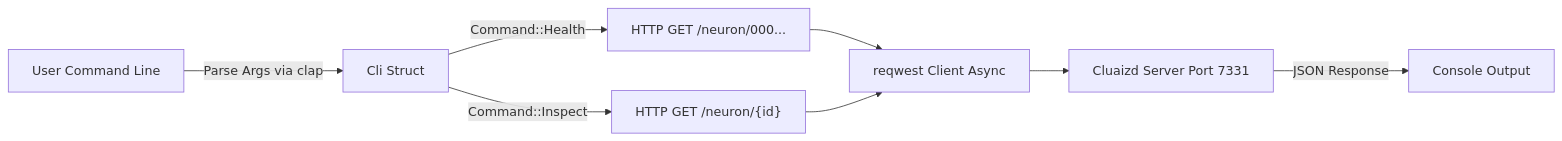
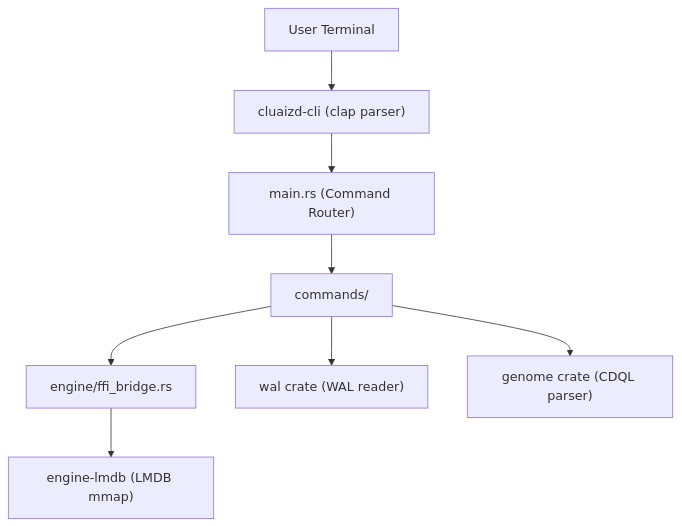
One commit to cluaiz/cluaizd changed the diagram in apps/cli/README.md. Above: the diagram before and after it, drawn with Mermaid. The commit also changed other lines of this file and 15 other files, not shown here.

Commit message:
feat(cli): refactor CLI to use 'cluaizd' binary name, add top-level run command, support Windows .exe paths, and update docs

````diff
--- a/apps/cli/README.md
+++ b/apps/cli/README.md
@@ -8,10 +15,10 @@
 ```mermaid
-graph LR
-    A["User Command Line"] -->|Parse Args via clap| B["Cli Struct"]
-    B -->|Command::Health| C["HTTP GET /neuron/000..."]
-    B -->|Command::Inspect| D["HTTP GET /neuron/{id}"]
-    C --> E["reqwest Client Async"]
-    D --> E
-    E --> F["Cluaizd Server Port 7331"]
-    F -->|JSON Response| G["Console Output"]
+graph TD
+    A["User Terminal"] --> B["cluaizd-cli (clap parser)"]
+    B --> C["main.rs (Command Router)"]
+    C --> D["commands/"]
+    D --> E["engine/ffi_bridge.rs"]
+    E --> F["engine-lmdb (LMDB mmap)"]
+    D --> G["wal crate (WAL reader)"]
+    D --> H["genome crate (CDQL parser)"]
 ```
````
